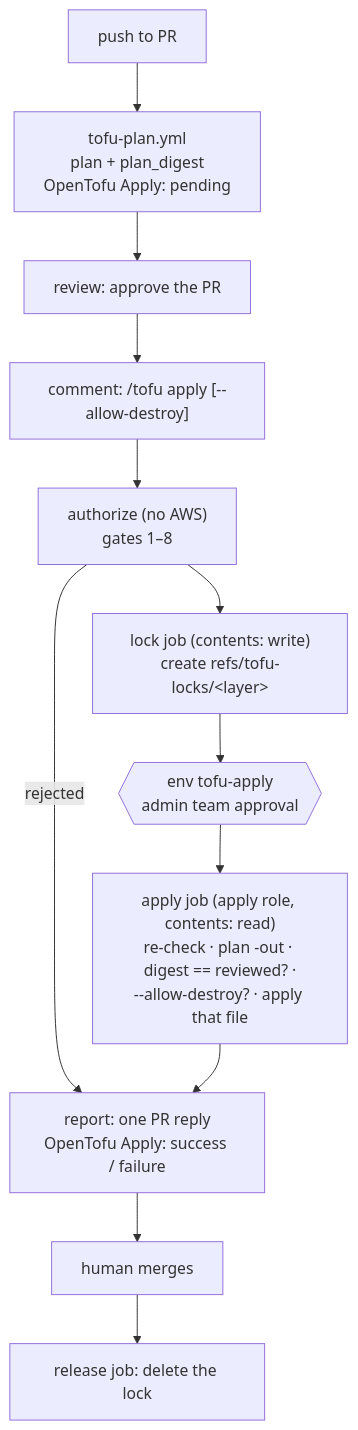
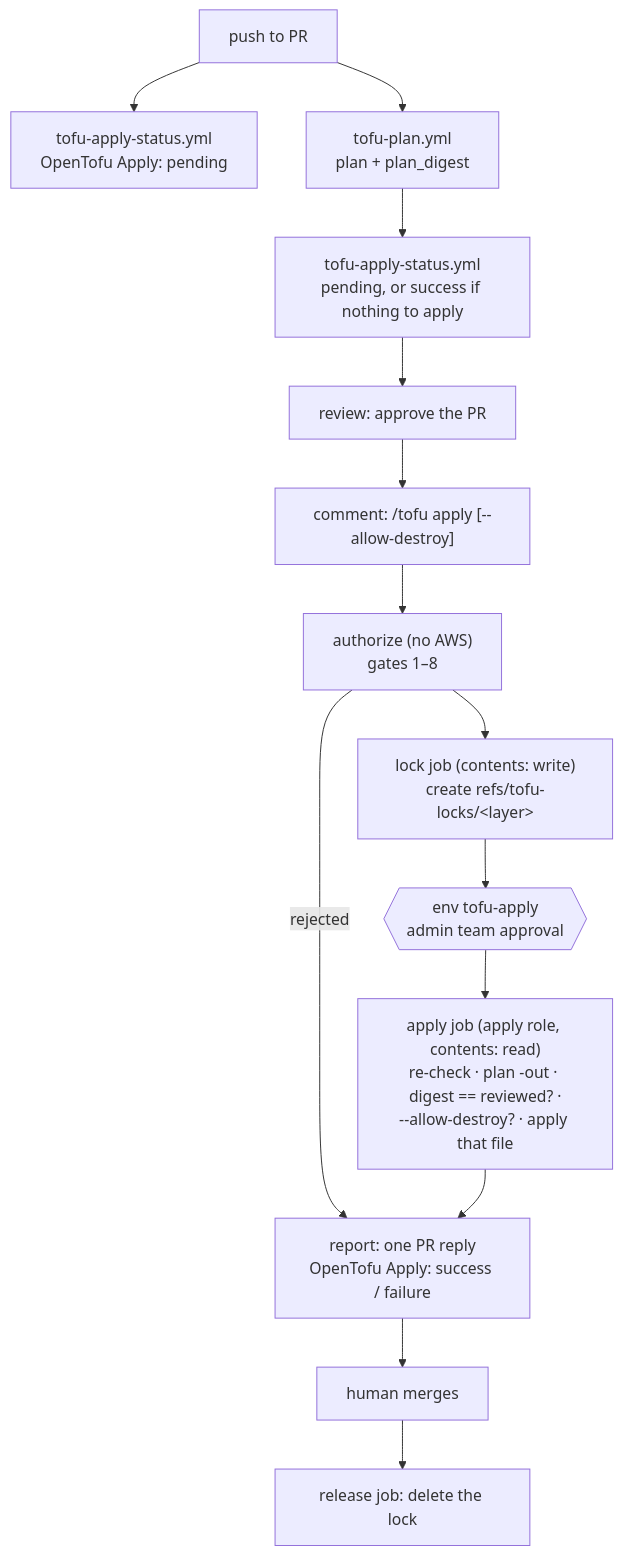
One commit to binbashar/le-tf-infra-aws changed the diagram in docs/ai-sdlc/tofu-apply.md. Above: the diagram before and after it, drawn with Mermaid. The commit also changed other lines of this file and 10 other files, not shown here.

First line of the commit message:
feat(ci): post the OpenTofu Apply status as a GitHub App (#1255)

````diff
--- a/docs/ai-sdlc/tofu-apply.md
+++ b/docs/ai-sdlc/tofu-apply.md
@@ -50,14 +50,16 @@
 ```mermaid
 flowchart TD
-  P["push to PR"] --> PL["tofu-plan.yml<br/>plan + plan_digest<br/>OpenTofu Apply: pending"]
-  PL --> R["review: approve the PR"]
+  P["push to PR"] --> ST["tofu-apply-status.yml<br/>OpenTofu Apply: pending"]
+  P --> PL["tofu-plan.yml<br/>plan + plan_digest"]
+  PL --> ST2["tofu-apply-status.yml<br/>pending, or success if nothing to apply"]
+  ST2 --> R["review: approve the PR"]
   R --> C["comment: /tofu apply [--allow-destroy]"]
   C --> AU["authorize (no AWS)<br/>gates 1–8"]
   AU -- rejected --> RP
   AU --> LK["lock job (contents: write)<br/>create refs/tofu-locks/&lt;layer&gt;"]
   LK --> AP{{"env tofu-apply<br/>admin team approval"}}
   AP --> J["apply job (apply role, contents: read)<br/>re-check · plan -out · digest == reviewed? ·<br/>--allow-destroy? · apply that file"]
   J --> RP["report: one PR reply<br/>OpenTofu Apply: success / failure"]
   RP --> M["human merges"]
   M --> UL["release job: delete the lock"]
 ```
````
